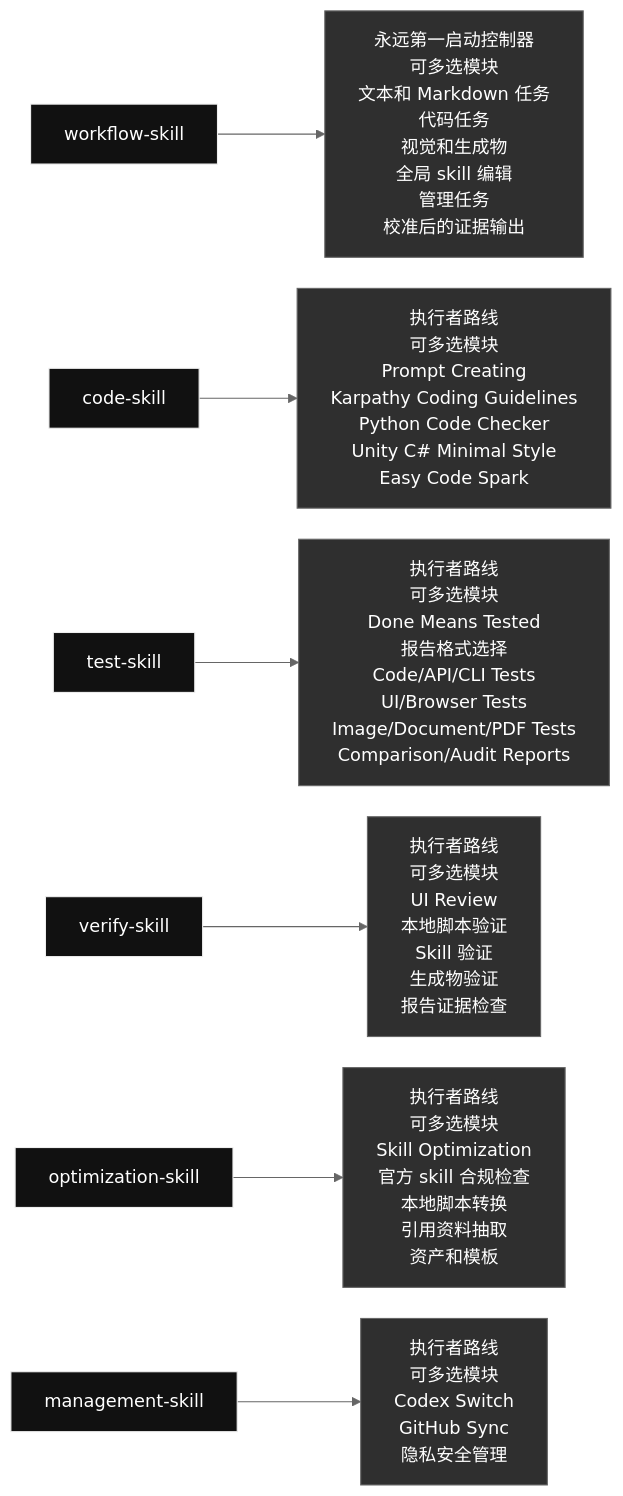
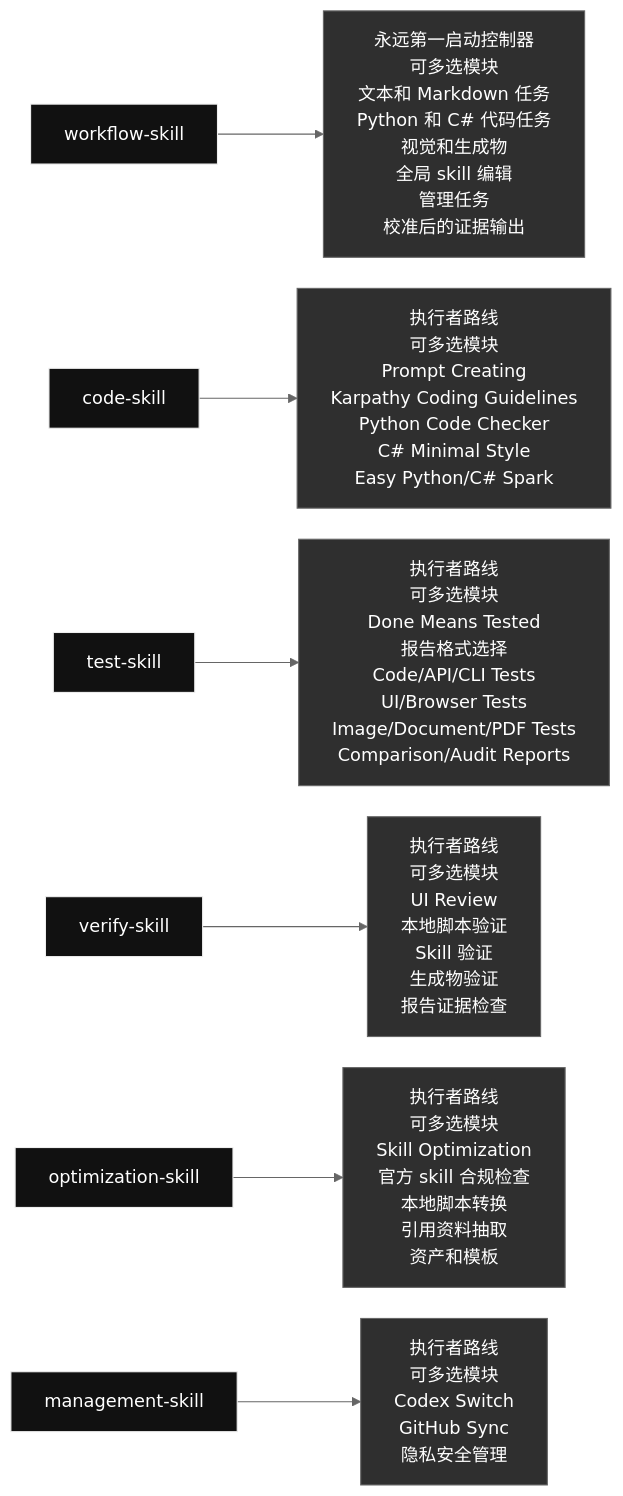
Before and after one commit to qinbatista/qin-codex-skills: the diagram in README.zh.md, drawn with Mermaid (neutral theme). The commit also changed other lines of this file and 14 other files, not shown here.

Commit message:
Clarify Python and C# code scope

````diff
--- a/README.zh.md
+++ b/README.zh.md
@@ -7,14 +7,14 @@
 ```mermaid
 %%{init: {"flowchart": {"nodeSpacing": 28, "rankSpacing": 54, "wrappingWidth": 240}}}%%
 flowchart LR
-  skill_workflow_skill["workflow-skill"] --> inside_workflow_skill["永远第一启动控制器<br/>可多选模块<br/>文本和 Markdown 任务<br/>代码任务<br/>视觉和生成物<br/>全局 skill 编辑<br/>管理任务<br/>校准后的证据输出"]
-  skill_code_skill["code-skill"] --> inside_code_skill["执行者路线<br/>可多选模块<br/>Prompt Creating<br/>Karpathy Coding Guidelines<br/>Python Code Checker<br/>Unity C# Minimal Style<br/>Easy Code Spark"]
+  skill_workflow_skill["workflow-skill"] --> inside_workflow_skill["永远第一启动控制器<br/>可多选模块<br/>文本和 Markdown 任务<br/>Python 和 C# 代码任务<br/>视觉和生成物<br/>全局 skill 编辑<br/>管理任务<br/>校准后的证据输出"]
+  skill_code_skill["code-skill"] --> inside_code_skill["执行者路线<br/>可多选模块<br/>Prompt Creating<br/>Karpathy Coding Guidelines<br/>Python Code Checker<br/>C# Minimal Style<br/>Easy Python/C# Spark"]
   skill_test_skill["test-skill"] --> inside_test_skill["执行者路线<br/>可多选模块<br/>Done Means Tested<br/>报告格式选择<br/>Code/API/CLI Tests<br/>UI/Browser Tests<br/>Image/Document/PDF Tests<br/>Comparison/Audit Reports"]
   skill_verify_skill["verify-skill"] --> inside_verify_skill["执行者路线<br/>可多选模块<br/>UI Review<br/>本地脚本验证<br/>Skill 验证<br/>生成物验证<br/>报告证据检查"]
   skill_optimization_skill["optimization-skill"] --> inside_optimization_skill["执行者路线<br/>可多选模块<br/>Skill Optimization<br/>官方 skill 合规检查<br/>本地脚本转换<br/>引用资料抽取<br/>资产和模板"]
   skill_management_skill["management-skill"] --> inside_management_skill["执行者路线<br/>可多选模块<br/>Codex Switch<br/>GitHub Sync<br/>隐私安全管理"]
   classDef skill fill:#111,color:#fff,stroke:#eee;
   classDef content fill:#2f2f2f,color:#fff,stroke:#666;
   class skill_workflow_skill,skill_code_skill,skill_test_skill,skill_verify_skill,skill_optimization_skill,skill_management_skill skill;
   class inside_workflow_skill,inside_code_skill,inside_test_skill,inside_verify_skill,inside_optimization_skill,inside_management_skill content;
 ```
````
